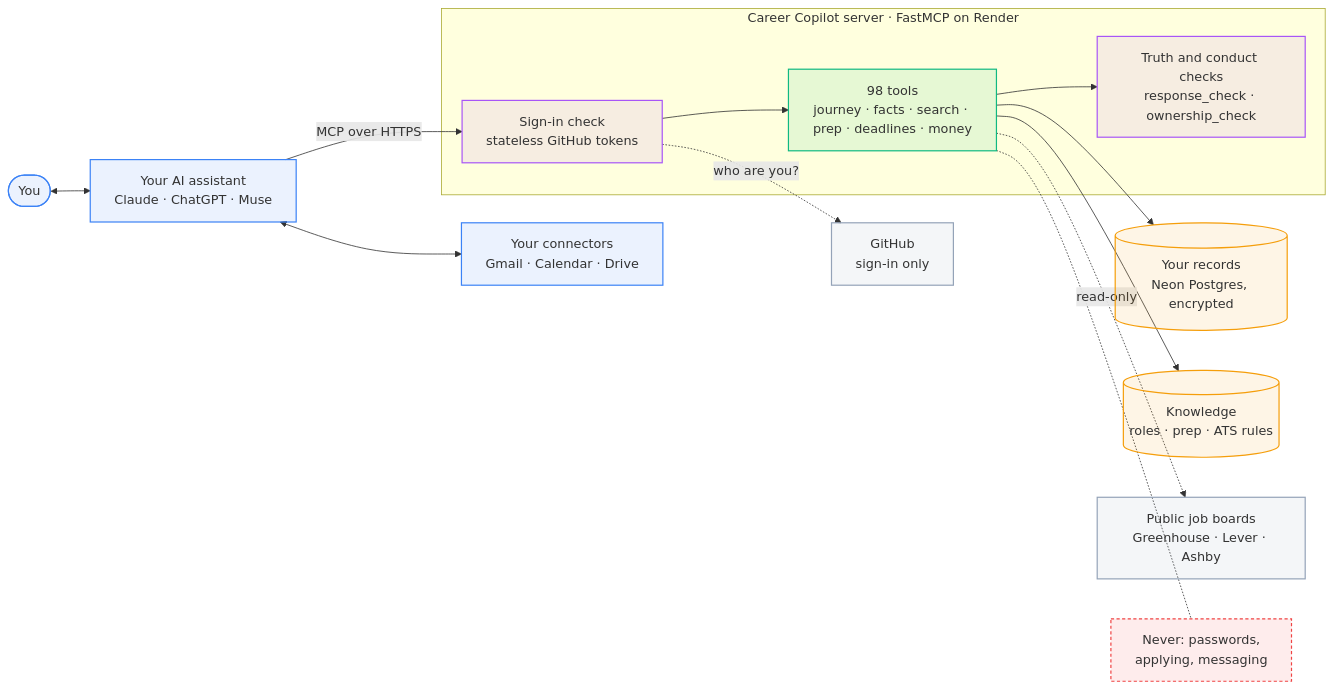
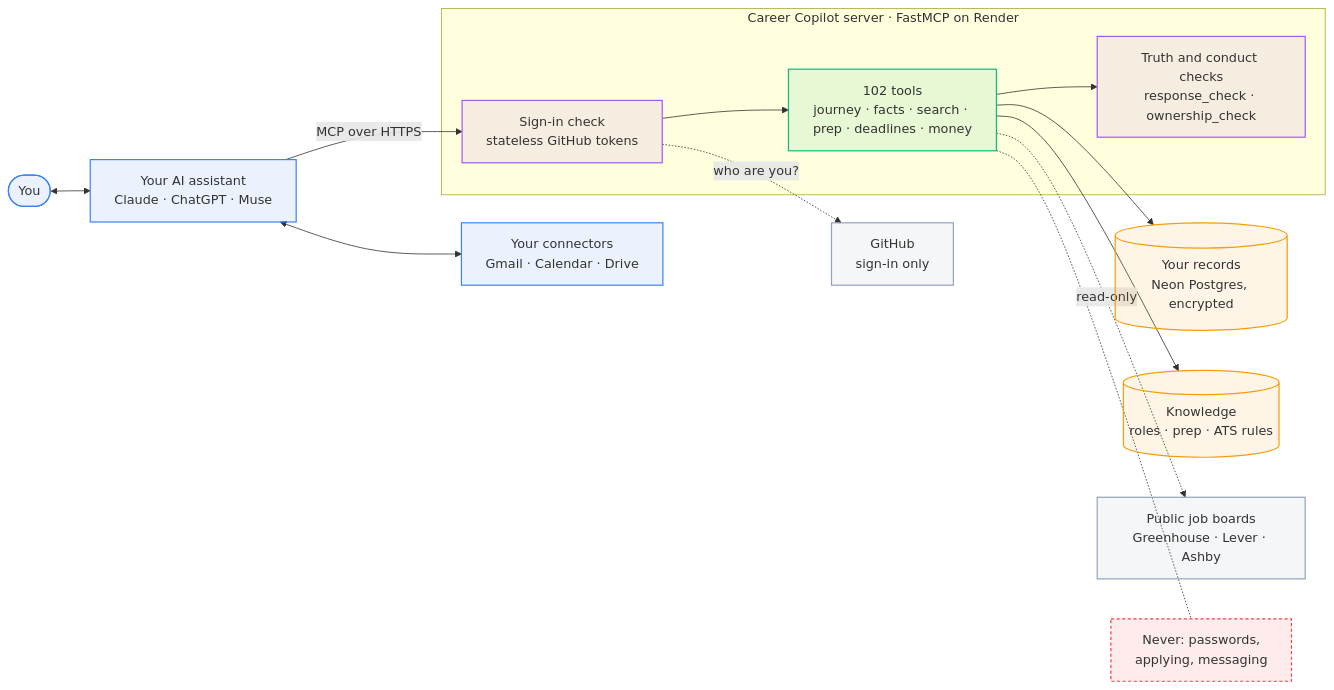
Before and after one commit to TusharSamantaray/career-copilot-mcp: the first of 8 diagrams in docs/ARCHITECTURE.md, drawn with Mermaid. The commit also changed 17 other files, not shown here.

````diff
--- a/docs/ARCHITECTURE.md
+++ b/docs/ARCHITECTURE.md
@@ -42,35 +42,35 @@
 ```mermaid
 flowchart LR
   classDef person fill:#3B82F61A,stroke:#3B82F6,stroke-width:1.5px
   classDef copilot fill:#10B9811A,stroke:#10B981,stroke-width:1.5px
   classDef store fill:#F59E0B1A,stroke:#F59E0B,stroke-width:1.5px
   classDef ext fill:#94A3B81A,stroke:#94A3B8,stroke-width:1.5px
   classDef guard fill:#A855F71A,stroke:#A855F7,stroke-width:1.5px
   classDef never fill:#EF44441A,stroke:#EF4444,stroke-width:1.5px,stroke-dasharray:4 3
 
   you(["You"]):::person
   ai["Your AI assistant<br/>Claude · ChatGPT · Muse"]:::person
   own["Your connectors<br/>Gmail · Calendar · Drive"]:::person
 
   subgraph server["Career Copilot server · FastMCP on Render"]
     auth["Sign-in check<br/>stateless GitHub tokens"]:::guard
-    tools["98 tools<br/>journey · facts · search · prep · deadlines · money"]:::copilot
+    tools["102 tools<br/>journey · facts · search · prep · deadlines · money"]:::copilot
     checks["Truth and conduct checks<br/>response_check · ownership_check"]:::guard
   end
 
   db[("Your records<br/>Neon Postgres, encrypted")]:::store
   kb[("Knowledge<br/>roles · prep · ATS rules")]:::store
   gh["GitHub<br/>sign-in only"]:::ext
   boards["Public job boards<br/>Greenhouse · Lever · Ashby"]:::ext
   never["Never: passwords,<br/>applying, messaging"]:::never
 
   you <--> ai
   ai <--> own
   ai -- "MCP over HTTPS" --> auth --> tools
   tools --> checks
   tools --> db
   tools --> kb
   auth -. "who are you?" .-> gh
   tools -. "read-only" .-> boards
   tools -.- never
 ```
````
